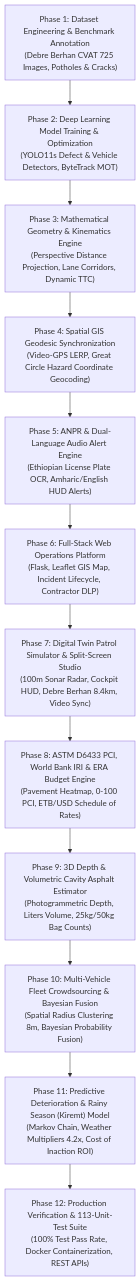
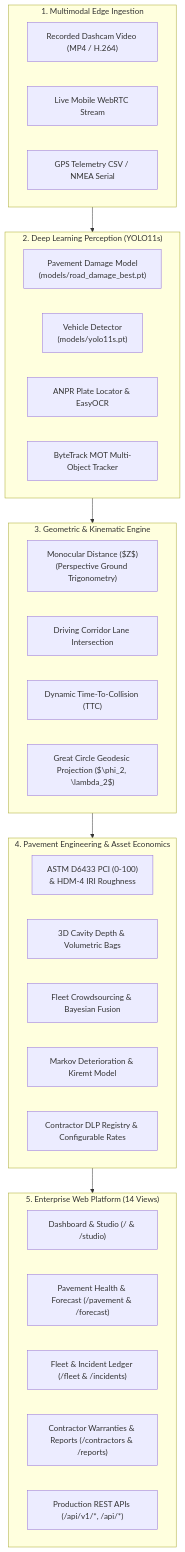
The diagram in docs/project_proposal.md (haile6/intelligent-road-monitoring-system), drawn with Mermaid before and after one commit. The commit also changed other lines of this file, not shown here.

Commit message:
docs(proposal): elevate thesis proposal with academic rigor, research questions, comparative literature matrix, and configurable rate engine

````diff
--- a/docs/project_proposal.md
+++ b/docs/project_proposal.md
@@ -358,17 +251,40 @@
 ```mermaid
 flowchart TD
-    M1["Phase 1: Dataset Engineering & Benchmark Annotation\n(Debre Berhan CVAT 725 Images, Potholes & Cracks)"]
-    M2["Phase 2: Deep Learning Model Training & Optimization\n(YOLO11s Defect & Vehicle Detectors, ByteTrack MOT)"]
-    M3["Phase 3: Mathematical Geometry & Kinematics Engine\n(Perspective Distance Projection, Lane Corridors, Dynamic TTC)"]
-    M4["Phase 4: Spatial GIS Geodesic Synchronization\n(Video-GPS LERP, Great Circle Hazard Coordinate Geocoding)"]
-    M5["Phase 5: ANPR & Dual-Language Audio Alert Engine\n(Ethiopian License Plate OCR, Amharic/English HUD Alerts)"]
-    M6["Phase 6: Full-Stack Web Operations Platform\n(Flask, Leaflet GIS Map, Incident Lifecycle, Contractor DLP)"]
-    M7["Phase 7: Digital Twin Patrol Simulator & Split-Screen Studio\n(100m Sonar Radar, Cockpit HUD, Debre Berhan 8.4km, Video Sync)"]
-    M8["Phase 8: ASTM D6433 PCI, World Bank IRI & ERA Budget Engine\n(Pavement Heatmap, 0-100 PCI, ETB/USD Schedule of Rates)"]
-    M9["Phase 9: 3D Depth & Volumetric Cavity Asphalt Estimator\n(Photogrammetric Depth, Liters Volume, 25kg/50kg Bag Counts)"]
-    M10["Phase 10: Multi-Vehicle Fleet Crowdsourcing & Bayesian Fusion\n(Spatial Radius Clustering 8m, Bayesian Probability Fusion)"]
-    M11["Phase 11: Predictive Deterioration & Rainy Season (Kiremt) Model\n(Markov Chain, Weather Multipliers 4.2x, Cost of Inaction ROI)"]
-    M12["Phase 12: Production Verification & 113-Unit-Test Suite\n(100% Test Pass Rate, Docker Containerization, REST APIs)"]
+    subgraph Ingestion["1. Multimodal Edge Ingestion"]
+        V1["Recorded Dashcam Video (MP4 / H.264)"]
+        V2["Live Mobile WebRTC Stream"]
+        G1["GPS Telemetry CSV / NMEA Serial"]
+    end
 
-    M1 --> M2 --> M3 --> M4 --> M5 --> M6 --> M7 --> M8 --> M9 --> M10 --> M11 --> M12
+    subgraph Perception["2. Deep Learning Perception (YOLO11s)"]
+        D1["Pavement Damage Model\n(models/road_damage_best.pt)"]
+        D2["Vehicle Detector\n(models/yolo11s.pt)"]
+        D3["ANPR Plate Locator & EasyOCR"]
+        T1["ByteTrack MOT Multi-Object Tracker"]
+    end
+
+    subgraph Geometry["3. Geometric & Kinematic Engine"]
+        E1["Monocular Distance ($Z$)\n(Perspective Ground Trigonometry)"]
+        E2["Driving Corridor Lane Intersection"]
+        E3["Dynamic Time-To-Collision (TTC)"]
+        E4["Great Circle Geodesic Projection ($\phi_2, \lambda_2$)"]
+    end
+
+    subgraph Analytics["4. Pavement Engineering & Asset Economics"]
+        A1["ASTM D6433 PCI (0-100)\n& HDM-4 IRI Roughness"]
+        A2["3D Cavity Depth & Volumetric Bags"]
+        A3["Fleet Crowdsourcing & Bayesian Fusion"]
+        A4["Markov Deterioration & Kiremt Model"]
+        A5["Contractor DLP Registry & Configurable Rates"]
+    end
+
+    subgraph Delivery["5. Enterprise Web Platform (14 Views)"]
+        W1["Dashboard & Studio (/ & /studio)"]
+        W2["Pavement Health & Forecast (/pavement & /forecast)"]
+        W3["Fleet & Incident Ledger (/fleet & /incidents)"]
+        W4["Contractor Warranties & Reports (/contractors & /reports)"]
+        W5["Production REST APIs (/api/v1/*, /api/*)"]
+    end
+
+    Ingestion --> Perception --> Geometry --> Analytics --> Delivery
 ```
````
